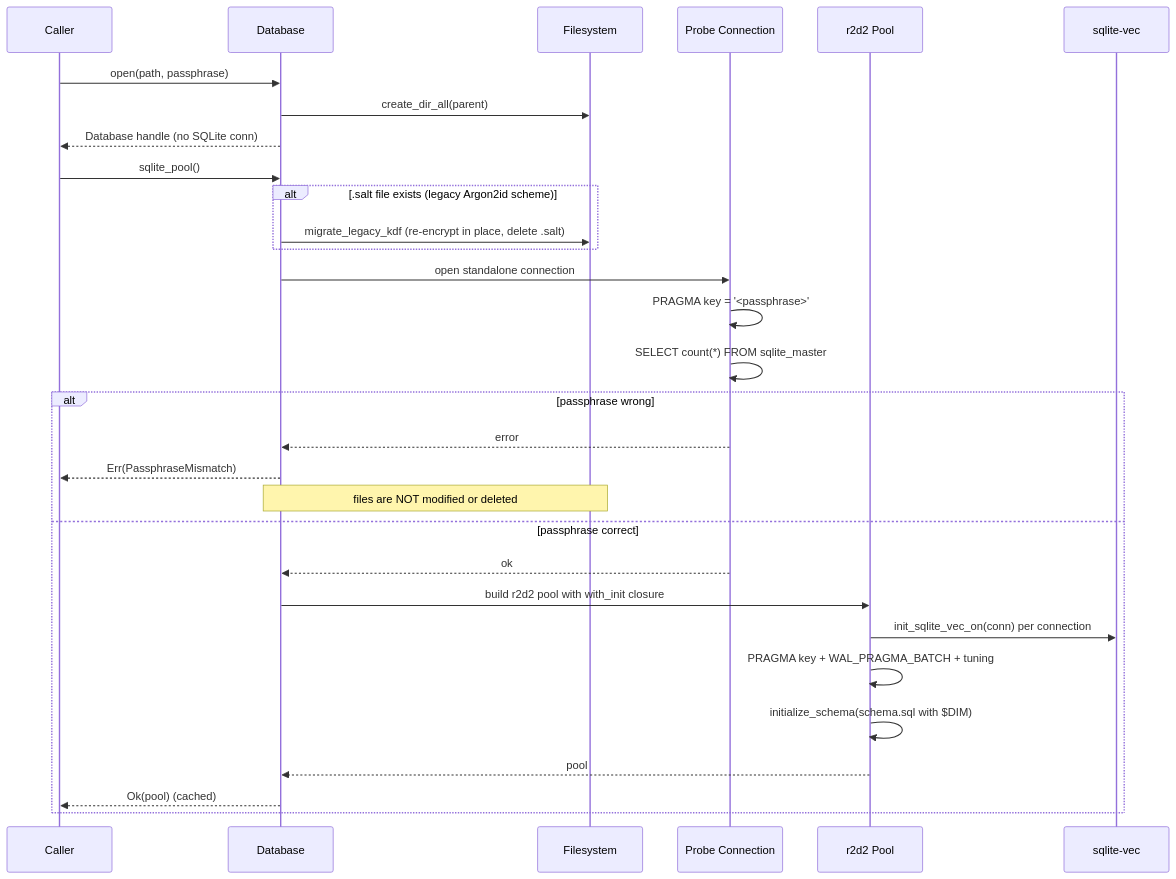
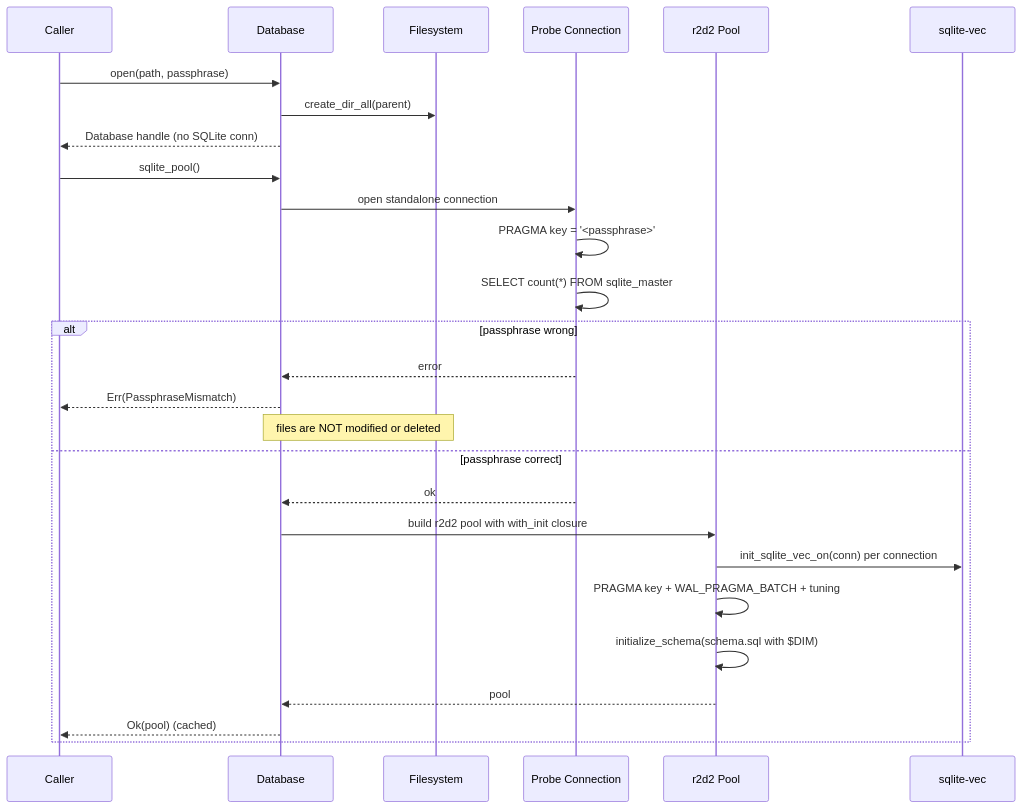
Before and after one commit to mdz-axo/zed-kask: the first of 2 diagrams in kask/docs/diataxis/hkask-storage/explanation.md, drawn with Mermaid. The commit also changed other lines of this file and 29 other files, not shown here.

First line of the commit message:
Add doc-update skill, drop legacy KDF migration, read MCP errors structurally

````diff
--- a/kask/docs/diataxis/hkask-storage/explanation.md
+++ b/kask/docs/diataxis/hkask-storage/explanation.md
@@ -55,34 +53,31 @@
 ```mermaid
 sequenceDiagram
     participant Caller
     participant Database
     participant FS as Filesystem
     participant Probe as Probe Connection
     participant Pool as r2d2 Pool
     participant Vec as sqlite-vec
 
     Caller->>Database: open(path, passphrase)
     Database->>FS: create_dir_all(parent)
     Database-->>Caller: Database handle (no SQLite conn)
 
     Caller->>Database: sqlite_pool()
-    alt .salt file exists (legacy Argon2id scheme)
-        Database->>FS: migrate_legacy_kdf (re-encrypt in place, delete .salt)
-    end
     Database->>Probe: open standalone connection
     Probe->>Probe: PRAGMA key = '<passphrase>'
     Probe->>Probe: SELECT count(*) FROM sqlite_master
     alt passphrase wrong
         Probe-->>Database: error
         Database-->>Caller: Err(PassphraseMismatch)
         Note over Database,FS: files are NOT modified or deleted
     else passphrase correct
         Probe-->>Database: ok
         Database->>Pool: build r2d2 pool with with_init closure
         Pool->>Vec: init_sqlite_vec_on(conn) per connection
         Pool->>Pool: PRAGMA key + WAL_PRAGMA_BATCH + tuning
         Pool->>Pool: initialize_schema(schema.sql with $DIM)
         Pool-->>Database: pool
         Database-->>Caller: Ok(pool) (cached)
     end
 ```
````
